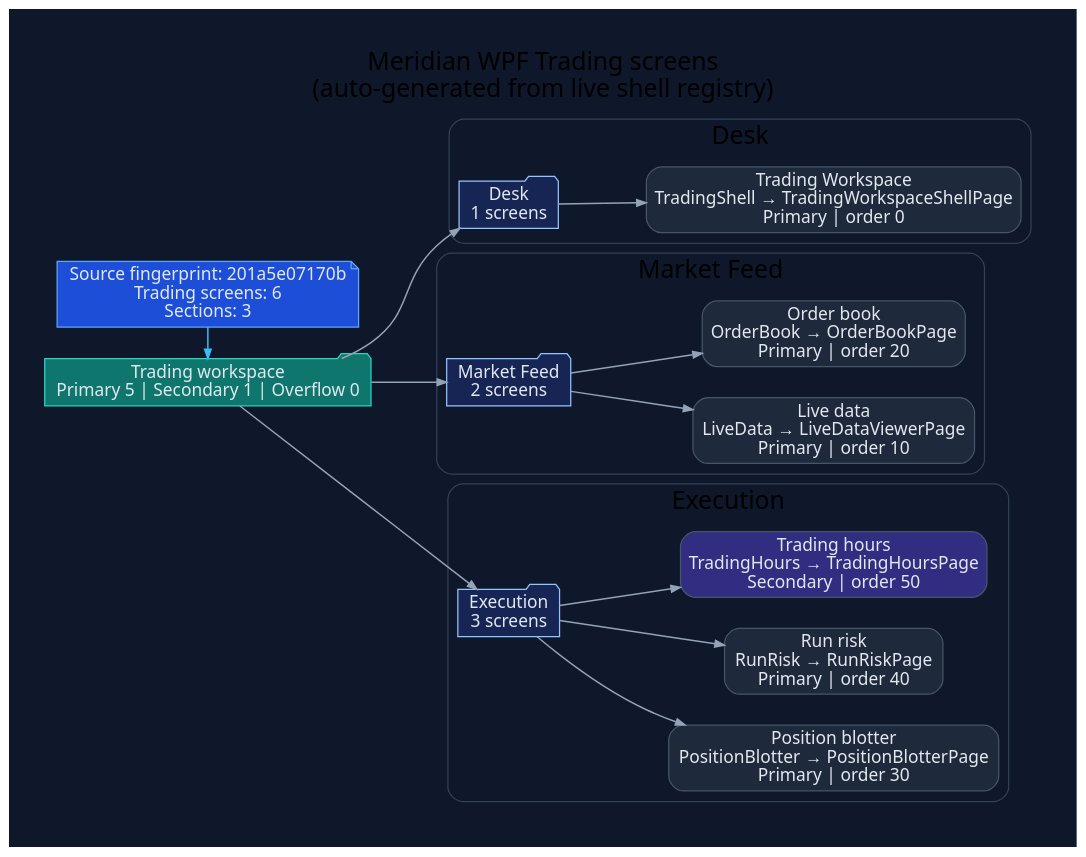
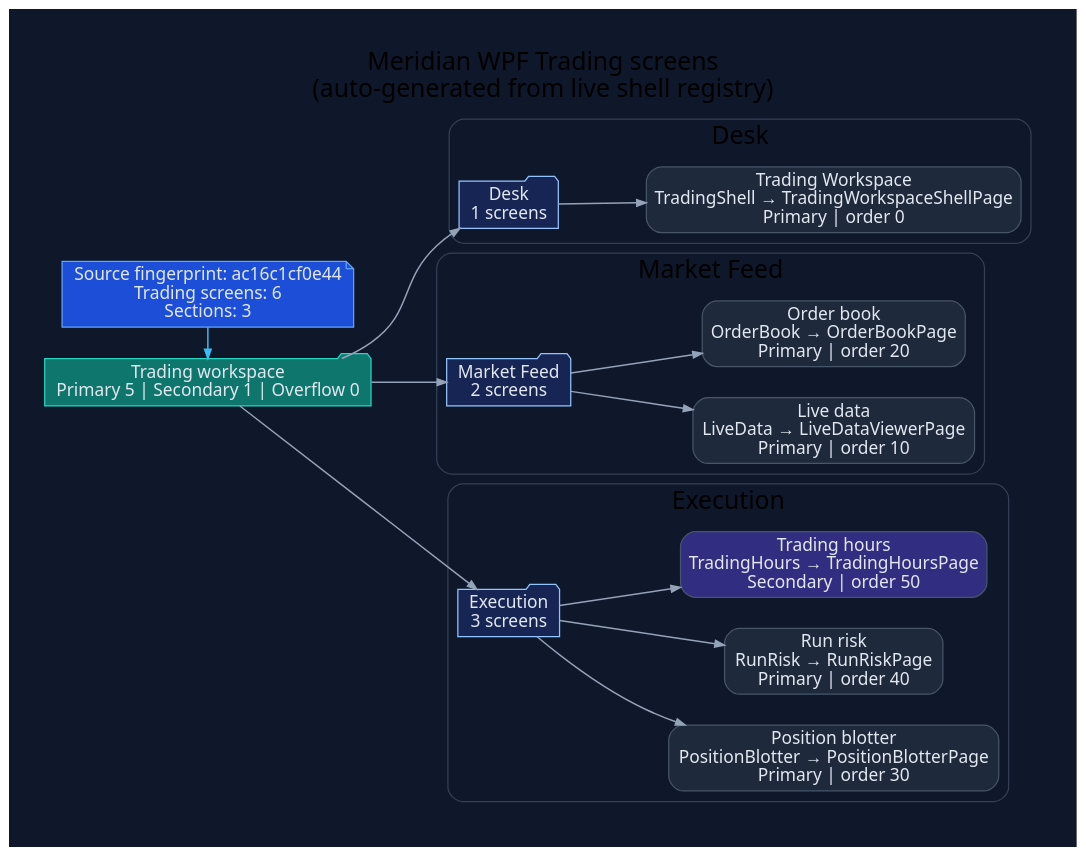
One commit to rodoHasArrived/Meridian-main changed the diagram in docs/diagrams/ui/ui-wpf-screens-trading.dot. Above: the diagram before and after it, drawn with Graphviz. The commit also changed 60 other files, not shown here.

```diff
--- a/docs/diagrams/ui/ui-wpf-screens-trading.dot
+++ b/docs/diagrams/ui/ui-wpf-screens-trading.dot
@@ -1,62 +1,62 @@
 // -----------------------------------------------------------------------------
 // <auto-generated>
 // Generated by scripts/generate-diagrams.mjs.
 // Do not edit this file directly; update the WPF source files instead.
 // -----------------------------------------------------------------------------
 digraph WpfTradingScreens {
   graph [
     rankdir=LR,
     labelloc=t,
     label="Meridian WPF Trading screens\n(auto-generated from live shell registry)",
     fontname="Segoe UI",
     fontsize=20,
     pad=0.4,
     nodesep=0.35,
     ranksep=0.85,
     bgcolor="#0f172a"
   ];
   node [fontname="Segoe UI", shape=box, style="rounded,filled", color="#475569", fontcolor="#e2e8f0", fillcolor="#1e293b"];
   edge [fontname="Segoe UI", color="#94a3b8", penwidth=1.2, arrowsize=0.75];
 
-  generated [shape=note, fillcolor="#1d4ed8", color="#60a5fa", label="Source fingerprint: 201a5e07170b\nTrading screens: 6\nSections: 3"];
+  generated [shape=note, fillcolor="#1d4ed8", color="#60a5fa", label="Source fingerprint: ac16c1cf0e44\nTrading screens: 6\nSections: 3"];
   workspace [shape=folder, fillcolor="#0f766e", color="#2dd4bf", label="Trading workspace\nPrimary 5 | Secondary 1 | Overflow 0"];
   generated -> workspace [color="#38bdf8"];
 
   subgraph cluster_section_1 {
     label="Desk";
     color="#334155";
     style="rounded";
     section_1 [shape=folder, fillcolor="#172554", color="#93c5fd", label="Desk\n1 screens"];
     workspace -> section_1;
     screen_TradingShell [fillcolor="#1e293b", label="Trading Workspace\nTradingShell → TradingWorkspaceShellPage\nPrimary | order 0"];
     section_1 -> screen_TradingShell;
   }
 
   subgraph cluster_section_2 {
     label="Market Feed";
     color="#334155";
     style="rounded";
     section_2 [shape=folder, fillcolor="#172554", color="#93c5fd", label="Market Feed\n2 screens"];
     workspace -> section_2;
     screen_LiveData [fillcolor="#1e293b", label="Live data\nLiveData → LiveDataViewerPage\nPrimary | order 10"];
     section_2 -> screen_LiveData;
     screen_OrderBook [fillcolor="#1e293b", label="Order book\nOrderBook → OrderBookPage\nPrimary | order 20"];
     section_2 -> screen_OrderBook;
   }
 
   subgraph cluster_section_3 {
     label="Execution";
     color="#334155";
     style="rounded";
     section_3 [shape=folder, fillcolor="#172554", color="#93c5fd", label="Execution\n3 screens"];
     workspace -> section_3;
     screen_PositionBlotter [fillcolor="#1e293b", label="Position blotter\nPositionBlotter → PositionBlotterPage\nPrimary | order 30"];
     section_3 -> screen_PositionBlotter;
     screen_RunRisk [fillcolor="#1e293b", label="Run risk\nRunRisk → RunRiskPage\nPrimary | order 40"];
     section_3 -> screen_RunRisk;
     screen_TradingHours [fillcolor="#312e81", label="Trading hours\nTradingHours → TradingHoursPage\nSecondary | order 50"];
     section_3 -> screen_TradingHours;
   }
 
   { rank=min; generated; workspace; }
 }
```
